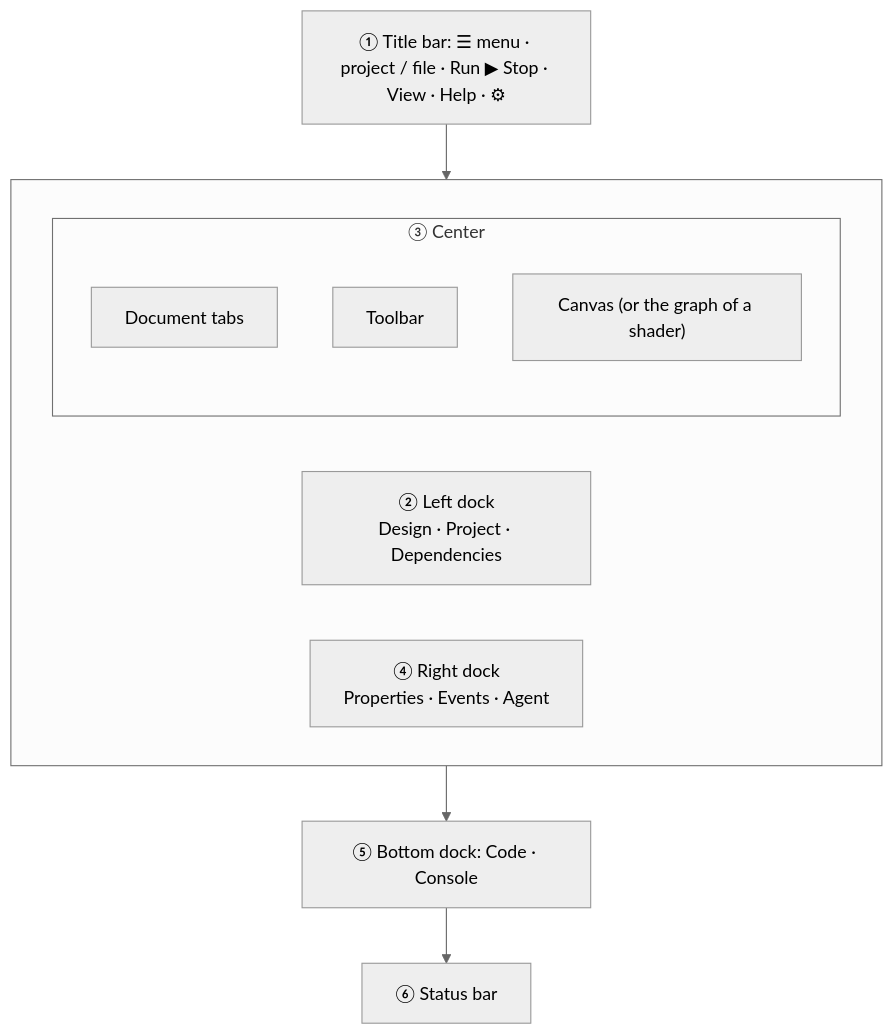
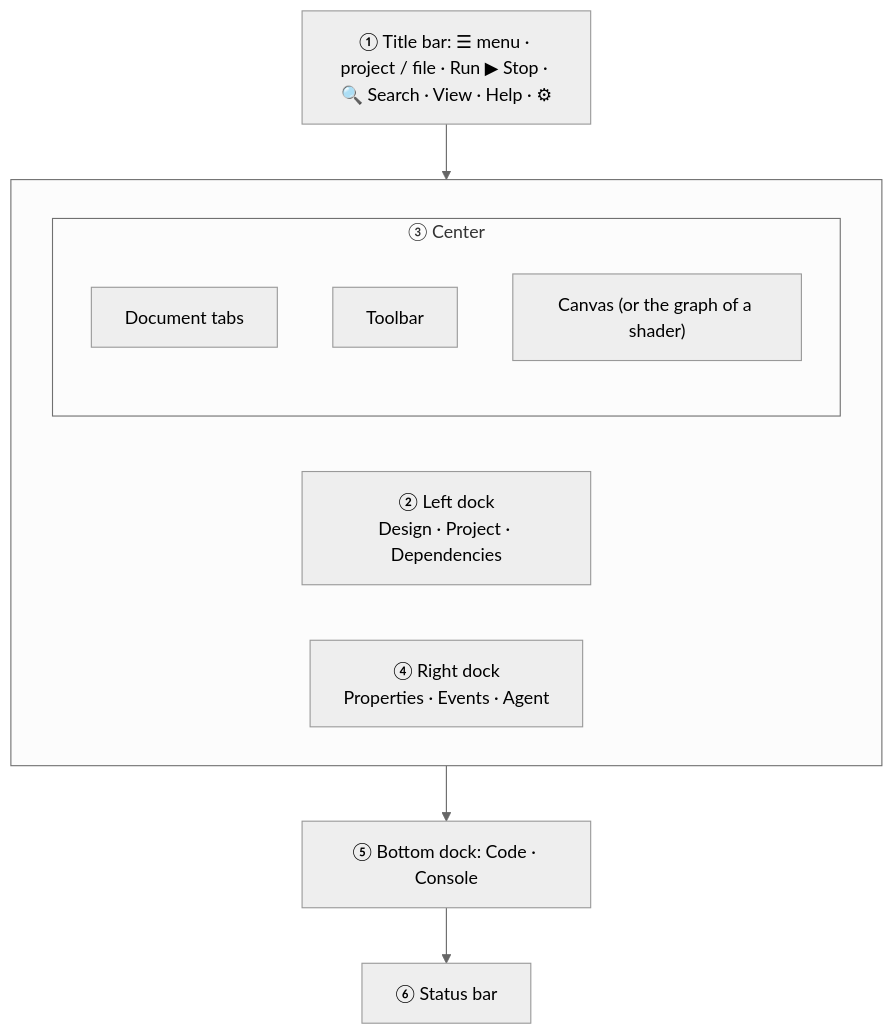
Before and after one commit to albakore/pyzed: the diagram in docs/src/content/docs/editor/interface.mdx, drawn with Mermaid (neutral theme). The commit also changed other lines of this file and 375 other files, not shown here.

First line of the commit message:
✨ Integrate the batch: detachable panels, toolbar, Run/Stop, animations, Agent panel and ui states (#105, #106, #107, #110, #109, #111) (#114)

````diff
--- a/docs/src/content/docs/editor/interface.mdx
+++ b/docs/src/content/docs/editor/interface.mdx
@@ -30,18 +30,18 @@
 ```mermaid
 flowchart TB
-    T["① Title bar: ☰ menu · project / file · Run ▶ Stop · View · Help · ⚙"]
+    T["① Title bar: ☰ menu · project / file · Run ▶ Stop · 🔍 Search · View · Help · ⚙"]
     subgraph W[" "]
         direction LR
         L["② Left dock<br/>Design · Project · Dependencies"]
         subgraph C["③ Center"]
             direction TB
             D["Document tabs"]
             TB["Toolbar"]
             F["Canvas (or the graph of a shader)"]
         end
         R["④ Right dock<br/>Properties · Events · Agent"]
     end
     B["⑤ Bottom dock: Code · Console"]
     S["⑥ Status bar"]
     T --> W --> B --> S
 ```
````
